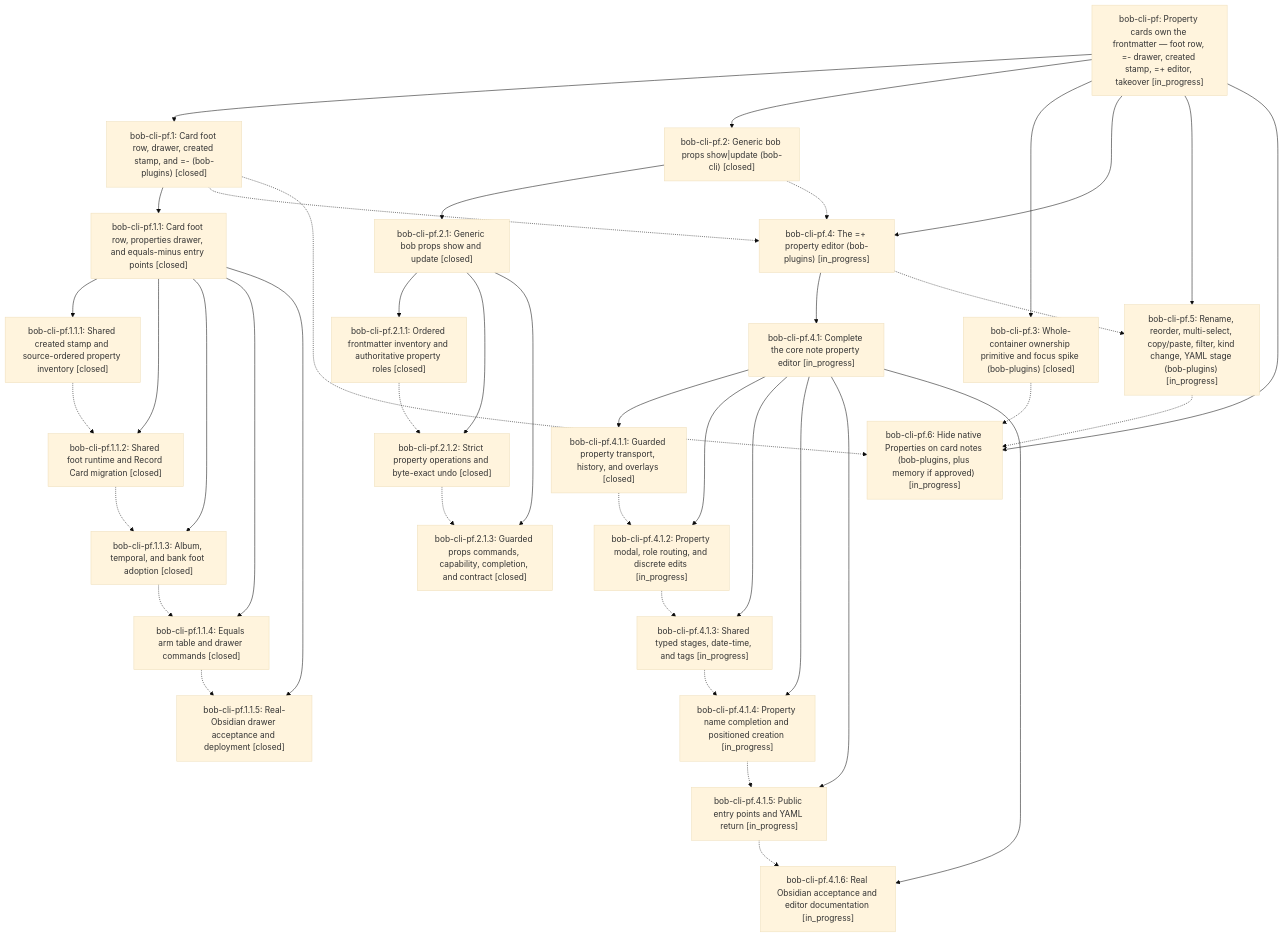
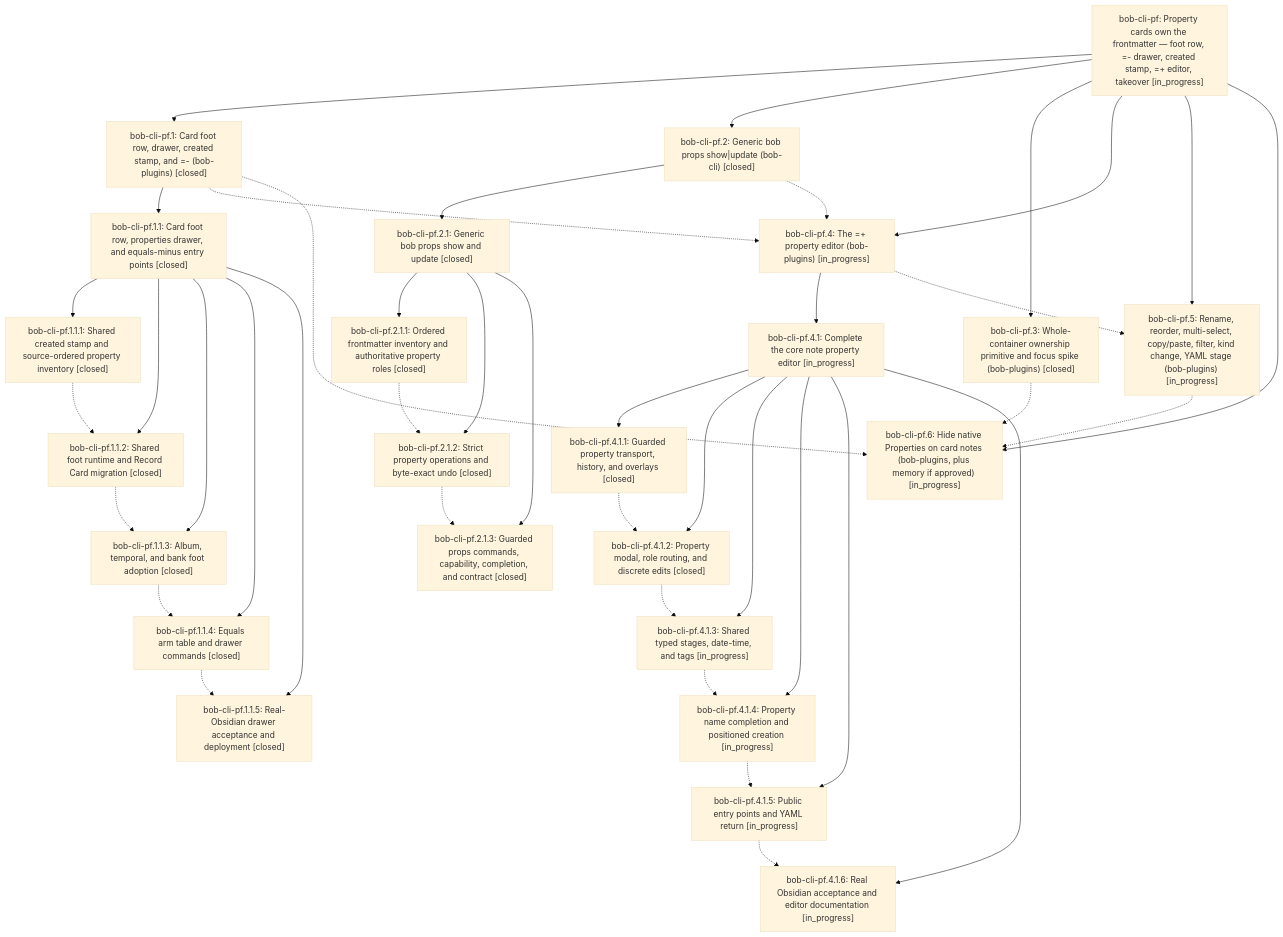
The diagram in pages/bob-cli-pf/README.md (bobs-org/bob-cli--beads), drawn with Mermaid (base theme) before and after one commit. The commit also changed other lines of this file and 4 other files, not shown here.

First line of the commit message:
chore(beads): sync bead state and pages for bob-cli-pf

````diff
--- a/pages/bob-cli-pf/README.md
+++ b/pages/bob-cli-pf/README.md
@@ -41,67 +41,67 @@
 ```mermaid
 flowchart TD
     n0["bob-cli-pf: Property cards own the frontmatter — foot row, =- drawer, created stamp, =+ editor, takeover [in_progress]"]
     n1["bob-cli-pf.1: Card foot row, drawer, created stamp, and =- (bob-plugins) [closed]"]
     n2["bob-cli-pf.1.1: Card foot row, properties drawer, and equals-minus entry points [closed]"]
     n3["bob-cli-pf.1.1.1: Shared created stamp and source-ordered property inventory [closed]"]
     n4["bob-cli-pf.1.1.2: Shared foot runtime and Record Card migration [closed]"]
     n5["bob-cli-pf.1.1.3: Album, temporal, and bank foot adoption [closed]"]
     n6["bob-cli-pf.1.1.4: Equals arm table and drawer commands [closed]"]
     n7["bob-cli-pf.1.1.5: Real-Obsidian drawer acceptance and deployment [closed]"]
     n8["bob-cli-pf.2: Generic bob props show|update (bob-cli) [closed]"]
     n9["bob-cli-pf.2.1: Generic bob props show and update [closed]"]
     n10["bob-cli-pf.2.1.1: Ordered frontmatter inventory and authoritative property roles [closed]"]
     n11["bob-cli-pf.2.1.2: Strict property operations and byte-exact undo [closed]"]
     n12["bob-cli-pf.2.1.3: Guarded props commands, capability, completion, and contract [closed]"]
     n13["bob-cli-pf.3: Whole-container ownership primitive and focus spike (bob-plugins) [closed]"]
     n14["bob-cli-pf.4: The =+ property editor (bob-plugins) [in_progress]"]
     n15["bob-cli-pf.4.1: Complete the core note property editor [in_progress]"]
     n16["bob-cli-pf.4.1.1: Guarded property transport, history, and overlays [closed]"]
-    n17["bob-cli-pf.4.1.2: Property modal, role routing, and discrete edits [in_progress]"]
+    n17["bob-cli-pf.4.1.2: Property modal, role routing, and discrete edits [closed]"]
     n18["bob-cli-pf.4.1.3: Shared typed stages, date-time, and tags [in_progress]"]
     n19["bob-cli-pf.4.1.4: Property name completion and positioned creation [in_progress]"]
     n20["bob-cli-pf.4.1.5: Public entry points and YAML return [in_progress]"]
     n21["bob-cli-pf.4.1.6: Real Obsidian acceptance and editor documentation [in_progress]"]
     n22["bob-cli-pf.5: Rename, reorder, multi-select, copy/paste, filter, kind change, YAML stage (bob-plugins) [in_progress]"]
     n23["bob-cli-pf.6: Hide native Properties on card notes (bob-plugins, plus memory if approved) [in_progress]"]
     n0 --> n1
     n1 --> n2
     n2 --> n3
     n2 --> n4
     n2 --> n5
     n2 --> n6
     n2 --> n7
     n0 --> n8
     n8 --> n9
     n9 --> n10
     n9 --> n11
     n9 --> n12
     n0 --> n13
     n0 --> n14
     n14 --> n15
     n15 --> n16
     n15 --> n17
     n15 --> n18
     n15 --> n19
     n15 --> n20
     n15 --> n21
     n0 --> n22
     n0 --> n23
     n1 -.-> n14
     n1 -.-> n23
     n3 -.-> n4
     n4 -.-> n5
     n5 -.-> n6
     n6 -.-> n7
     n8 -.-> n14
     n10 -.-> n11
     n11 -.-> n12
     n13 -.-> n23
     n14 -.-> n22
     n16 -.-> n17
     n17 -.-> n18
     n18 -.-> n19
     n19 -.-> n20
     n20 -.-> n21
     n22 -.-> n23
 ```
````
